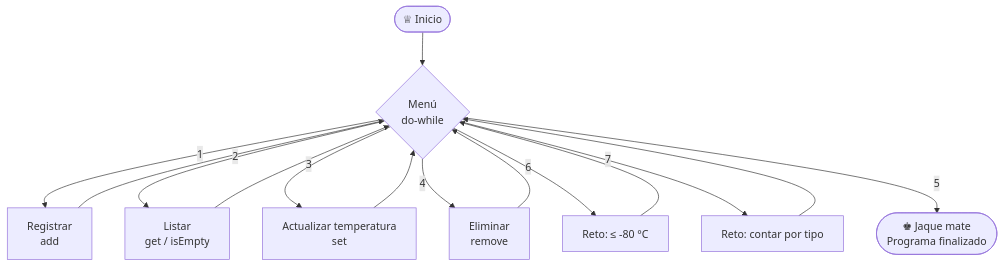
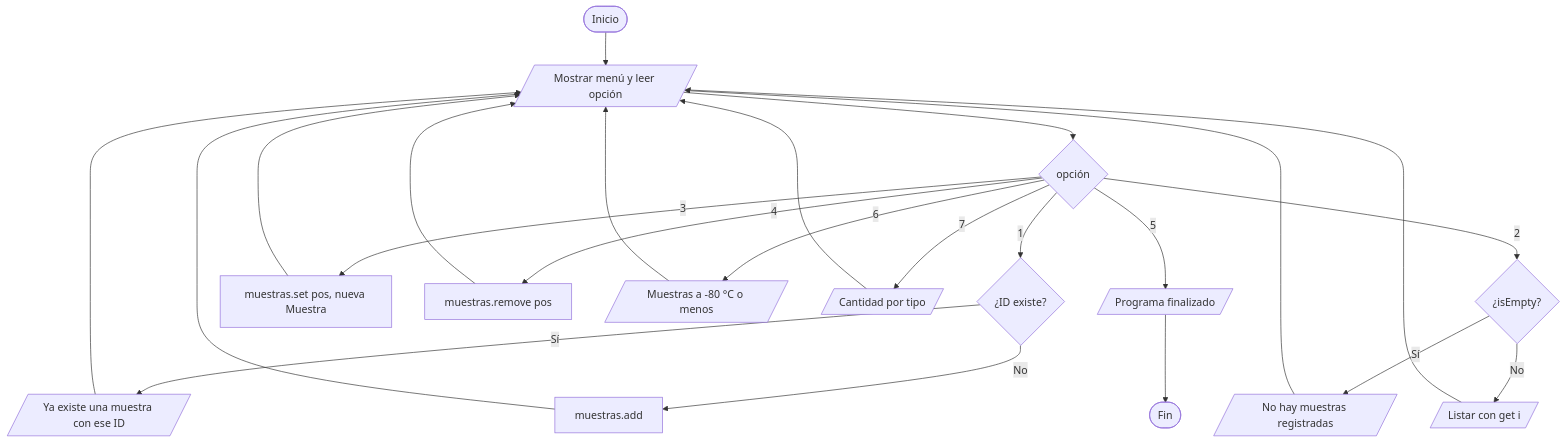
The fifth of 5 diagrams in README.md (dereckflux/Deber-Programacion), drawn with Mermaid before and after one commit. The commit also changed other lines of this file, not shown here.

````diff
--- a/README.md
+++ b/README.md
@@ -297,17 +371,25 @@
 ```mermaid
 flowchart TD
-    A([♕ Inicio]) --> B{Menú<br/>do-while}
-    B -->|1| C[Registrar<br/>add]
-    B -->|2| D[Listar<br/>get / isEmpty]
-    B -->|3| E[Actualizar temperatura<br/>set]
-    B -->|4| F[Eliminar<br/>remove]
-    B -->|6| G[Reto: ≤ -80 °C]
-    B -->|7| H[Reto: contar por tipo]
-    B -->|5| Z([♚ Jaque mate<br/>Programa finalizado])
-    C --> B
-    D --> B
+    A([Inicio]) --> B[/Mostrar menú y leer opción/]
+    B --> C{opción}
+    C -- 1 --> D{¿ID existe?}
+    D -- Sí --> E[/Ya existe una muestra con ese ID/]
+    D -- No --> F[muestras.add]
+    C -- 2 --> G{¿isEmpty?}
+    G -- Sí --> H[/No hay muestras registradas/]
+    G -- No --> I[/Listar con get i/]
+    C -- 3 --> J[muestras.set pos, nueva Muestra]
+    C -- 4 --> K[muestras.remove pos]
+    C -- 6 --> L[/Muestras a -80 °C o menos/]
+    C -- 7 --> M[/Cantidad por tipo/]
+    C -- 5 --> N[/Programa finalizado/]
     E --> B
     F --> B
-    G --> B
     H --> B
+    I --> B
+    J --> B
+    K --> B
+    L --> B
+    M --> B
+    N --> O([Fin])
 ```
````
